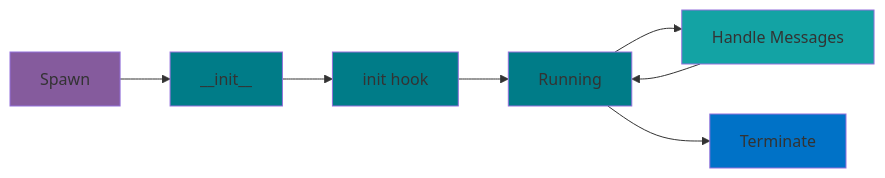
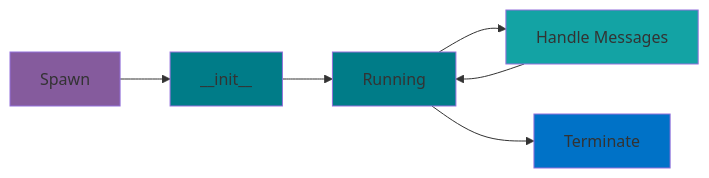
Diagram 11 of 11 in docs/source/actors.md (shayne-fletcher/monarch-1), drawn with Mermaid before and after one commit. The commit also changed other lines of this file, not shown here.

First line of the commit message:
Fix incorrect init information (#2386)

````diff
--- a/docs/source/actors.md
+++ b/docs/source/actors.md
@@ -1036,16 +1014,14 @@
 ```mermaid
 graph LR
     A[Spawn] --> B[__init__]
-    B --> C[init hook]
-    C --> D[Running]
-    D --> E[Handle Messages]
-    E --> D
-    D --> F[Terminate]
+    B --> C[Running]
+    C --> D[Handle Messages]
+    D --> C
+    C --> E[Terminate]
 
     style A fill:#855b9d
     style B fill:#007c88
     style C fill:#007c88
-    style D fill:#007c88
-    style E fill:#13a3a4
-    style F fill:#0072c7
+    style D fill:#13a3a4
+    style E fill:#0072c7
 ```
````
